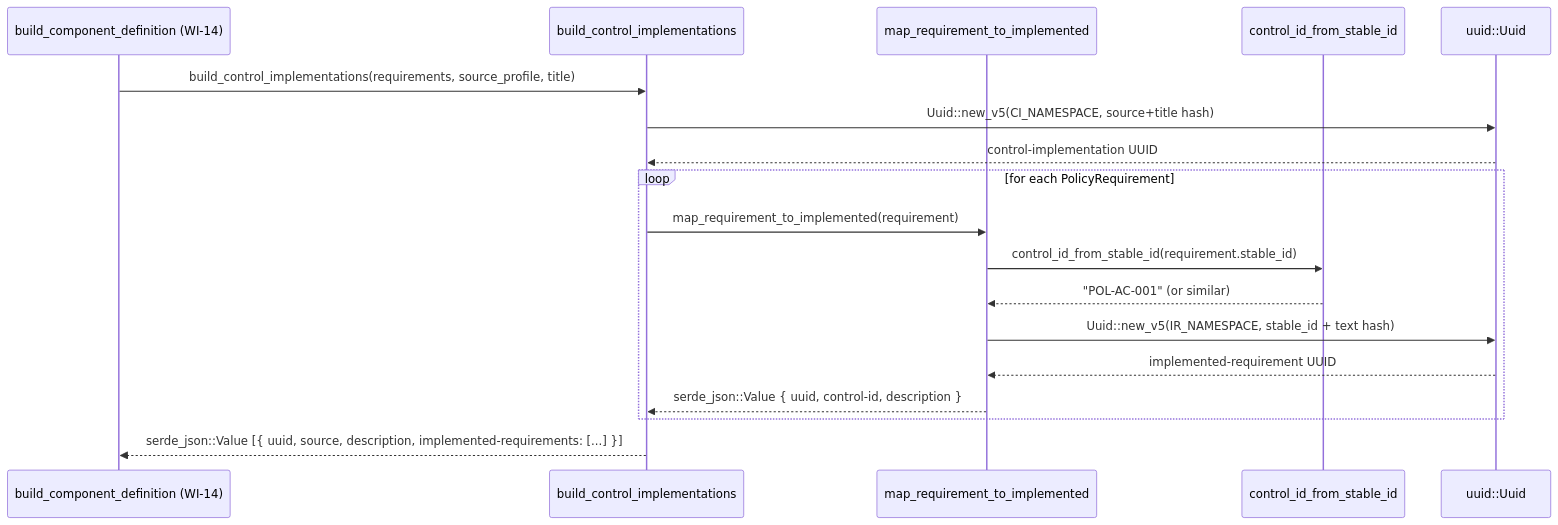
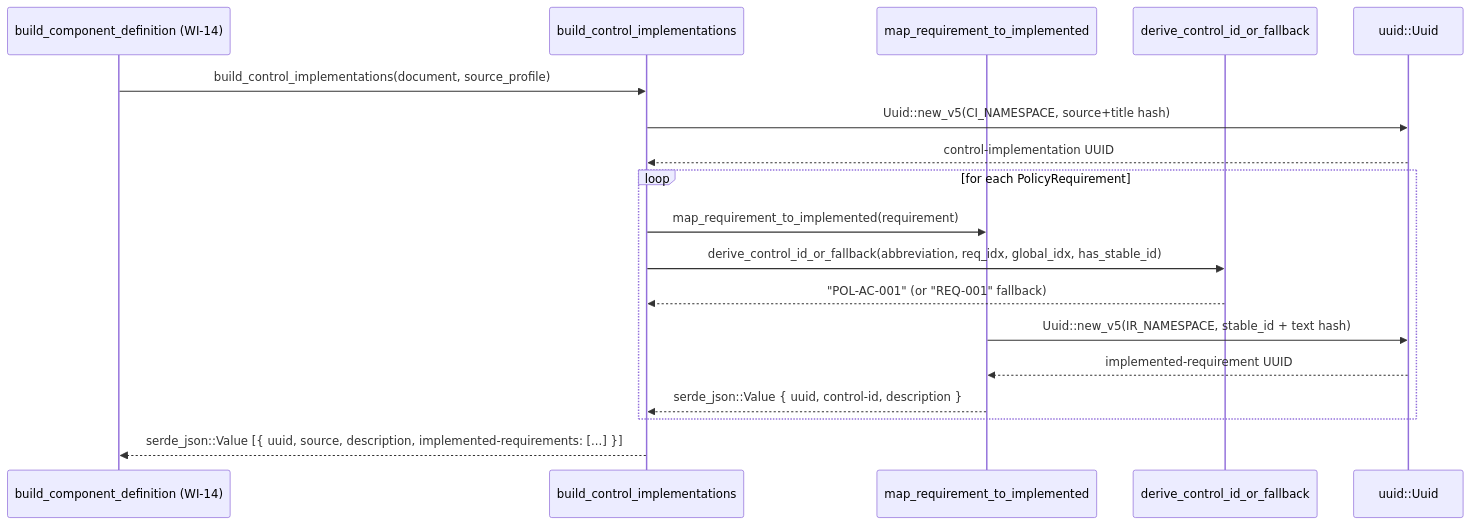
One commit to policy-forge/forge changed the sixth of 6 diagrams in docs/AR/015-ar-component-implemented-requirements.md. Above: the diagram before and after it, drawn with Mermaid. The commit also changed other lines of this file and 21 other files, not shown here.

````diff
--- a/docs/AR/015-ar-component-implemented-requirements.md
+++ b/docs/AR/015-ar-component-implemented-requirements.md
@@ -308,21 +308,21 @@
 ```mermaid
 sequenceDiagram
     participant BCD as build_component_definition (WI-14)
     participant BCI as build_control_implementations
     participant MRI as map_requirement_to_implemented
-    participant CID as control_id_from_stable_id
+    participant CID as derive_control_id_or_fallback
     participant UUID as uuid::Uuid
 
-    BCD->>BCI: build_control_implementations(requirements, source_profile, title)
+    BCD->>BCI: build_control_implementations(document, source_profile)
     BCI->>UUID: Uuid::new_v5(CI_NAMESPACE, source+title hash)
     UUID-->>BCI: control-implementation UUID
     loop for each PolicyRequirement
         BCI->>MRI: map_requirement_to_implemented(requirement)
-        MRI->>CID: control_id_from_stable_id(requirement.stable_id)
-        CID-->>MRI: "POL-AC-001" (or similar)
+        BCI->>CID: derive_control_id_or_fallback(abbreviation, req_idx, global_idx, has_stable_id)
+        CID-->>BCI: "POL-AC-001" (or "REQ-001" fallback)
         MRI->>UUID: Uuid::new_v5(IR_NAMESPACE, stable_id + text hash)
         UUID-->>MRI: implemented-requirement UUID
         MRI-->>BCI: serde_json::Value { uuid, control-id, description }
     end
     BCI-->>BCD: serde_json::Value [{ uuid, source, description, implemented-requirements: [...] }]
 ```
````
